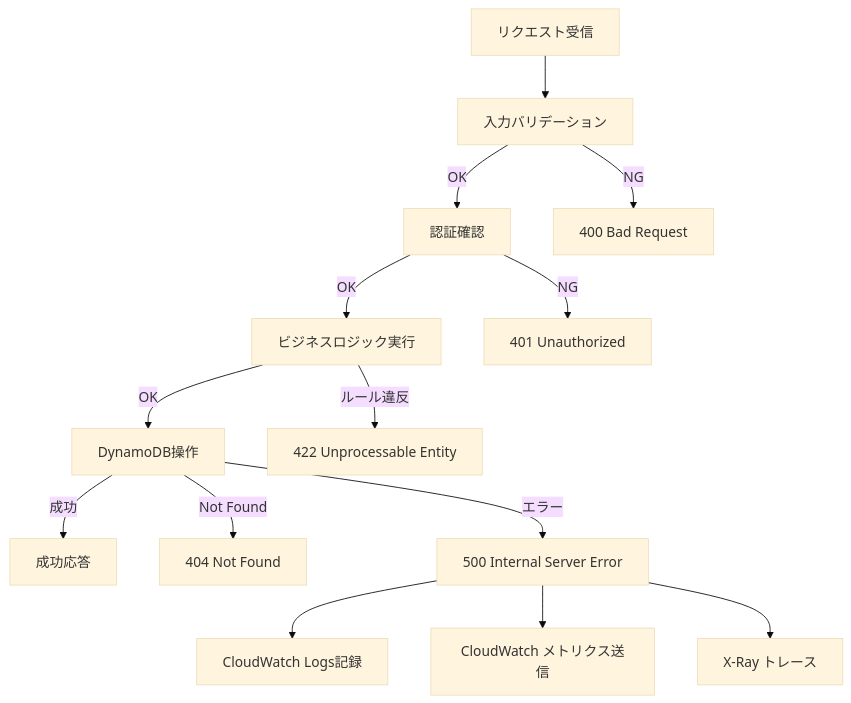
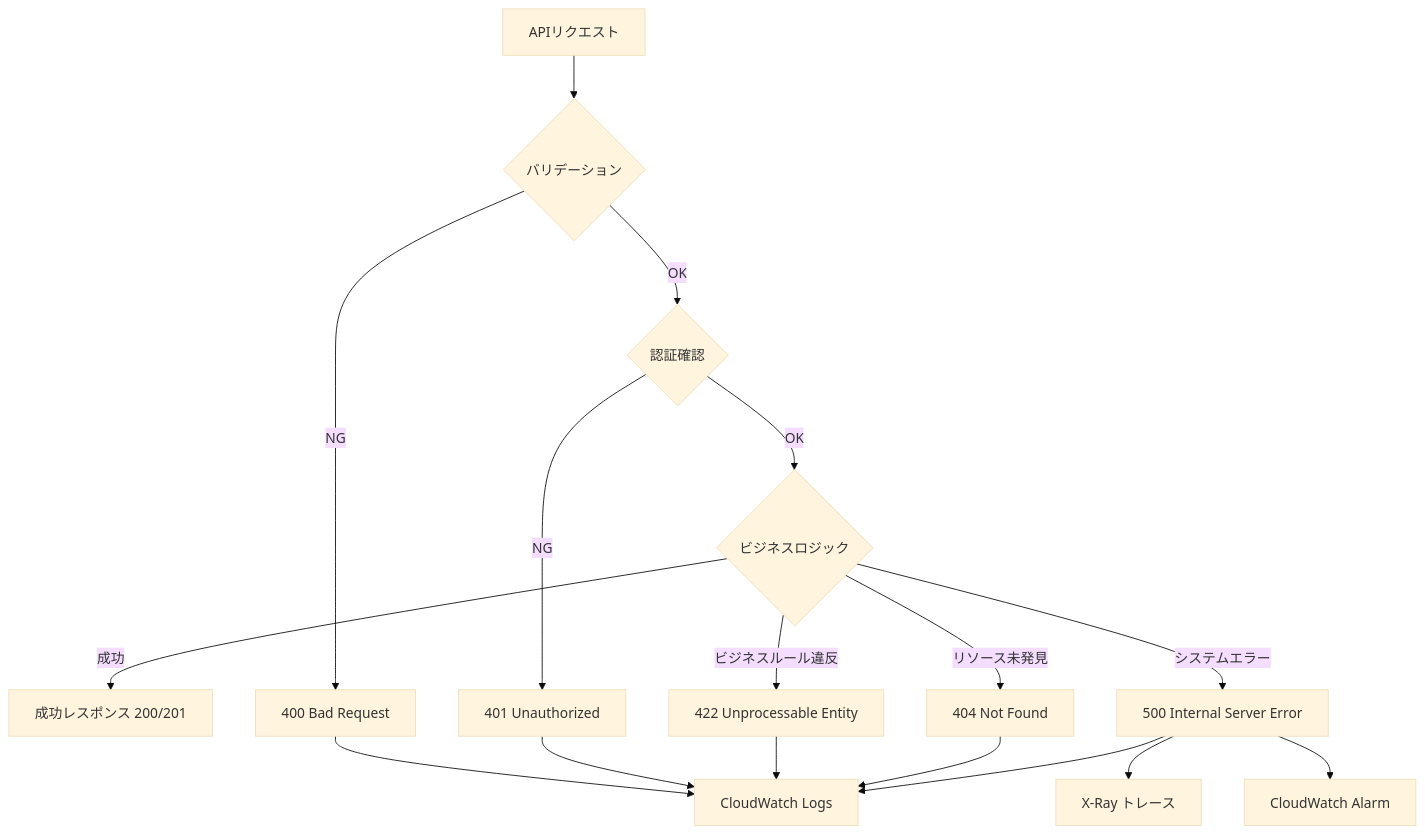
Before and after one commit to okshin-yk-private/serverlessBlog: the seventh of 7 diagrams in .kiro/specs/serverless-blog-aws/design.md, drawn with Mermaid (base theme). The commit also changed other lines of this file and 248 other files, not shown here.

````diff
--- a/.kiro/specs/serverless-blog-aws/design.md
+++ b/.kiro/specs/serverless-blog-aws/design.md
@@ -1279,33 +881,38 @@
 ```mermaid
-flowchart TD
-    Start[リクエスト受信]
-    Validate[入力バリデーション]
-    Auth[認証確認]
-    Business[ビジネスロジック実行]
-    DB[DynamoDB操作]
-    Success[成功応答]
+graph TB
+    Request[APIリクエスト]
+    Validation{バリデーション}
+    Auth{認証確認}
+    Business{ビジネスロジック}
+    Success[成功レスポンス 200/201]
 
     ValidationError[400 Bad Request]
     AuthError[401 Unauthorized]
     NotFoundError[404 Not Found]
     BusinessError[422 Unprocessable Entity]
     InternalError[500 Internal Server Error]
 
-    Start --> Validate
-    Validate -->|OK| Auth
-    Validate -->|NG| ValidationError
+    Logger[CloudWatch Logs]
+    XRay[X-Ray トレース]
+    Alarm[CloudWatch Alarm]
+
+    Request --> Validation
+    Validation -->|OK| Auth
+    Validation -->|NG| ValidationError
 
     Auth -->|OK| Business
     Auth -->|NG| AuthError
 
-    Business -->|OK| DB
-    Business -->|ルール違反| BusinessError
+    Business -->|成功| Success
+    Business -->|ビジネスルール違反| BusinessError
+    Business -->|リソース未発見| NotFoundError
+    Business -->|システムエラー| InternalError
 
-    DB -->|成功| Success
-    DB -->|Not Found| NotFoundError
-    DB -->|エラー| InternalError
-
-    InternalError --> Log[CloudWatch Logs記録]
-    InternalError --> Metric[CloudWatch メトリクス送信]
-    InternalError --> Trace[X-Ray トレース]
+    ValidationError --> Logger
+    AuthError --> Logger
+    BusinessError --> Logger
+    NotFoundError --> Logger
+    InternalError --> Logger
+    InternalError --> XRay
+    InternalError --> Alarm
 ```
````
